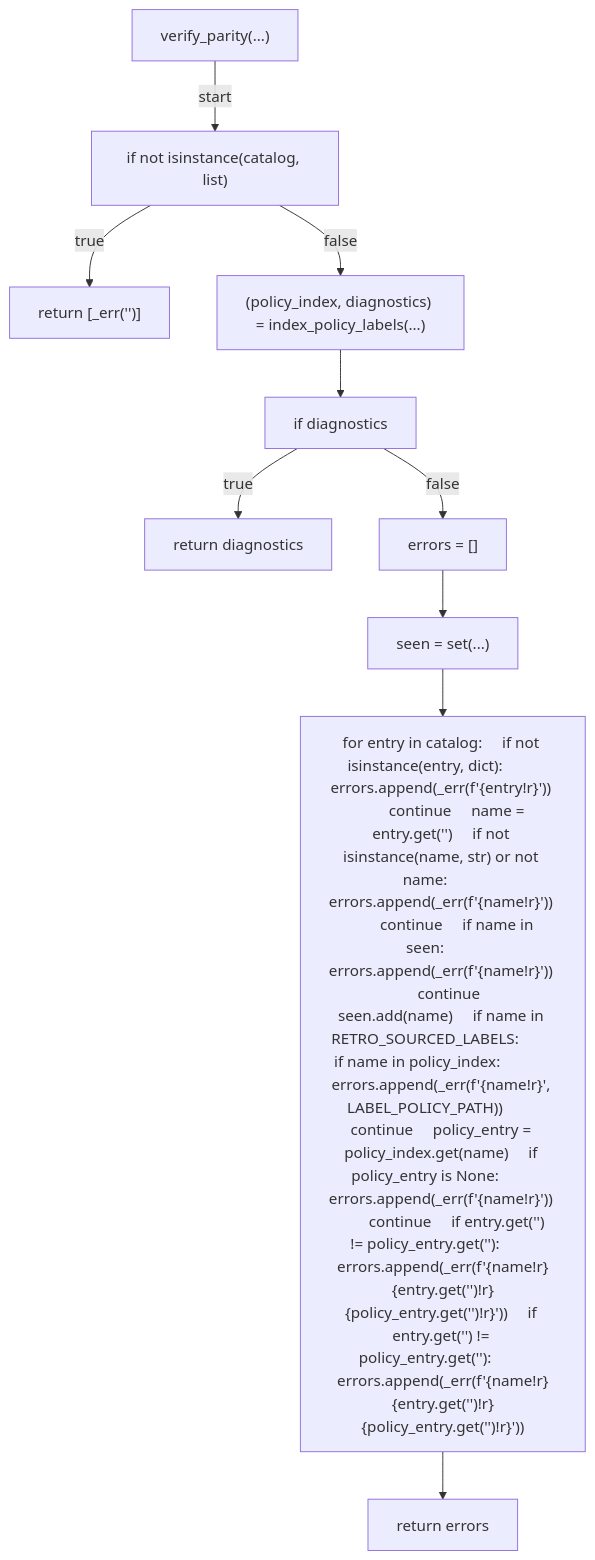
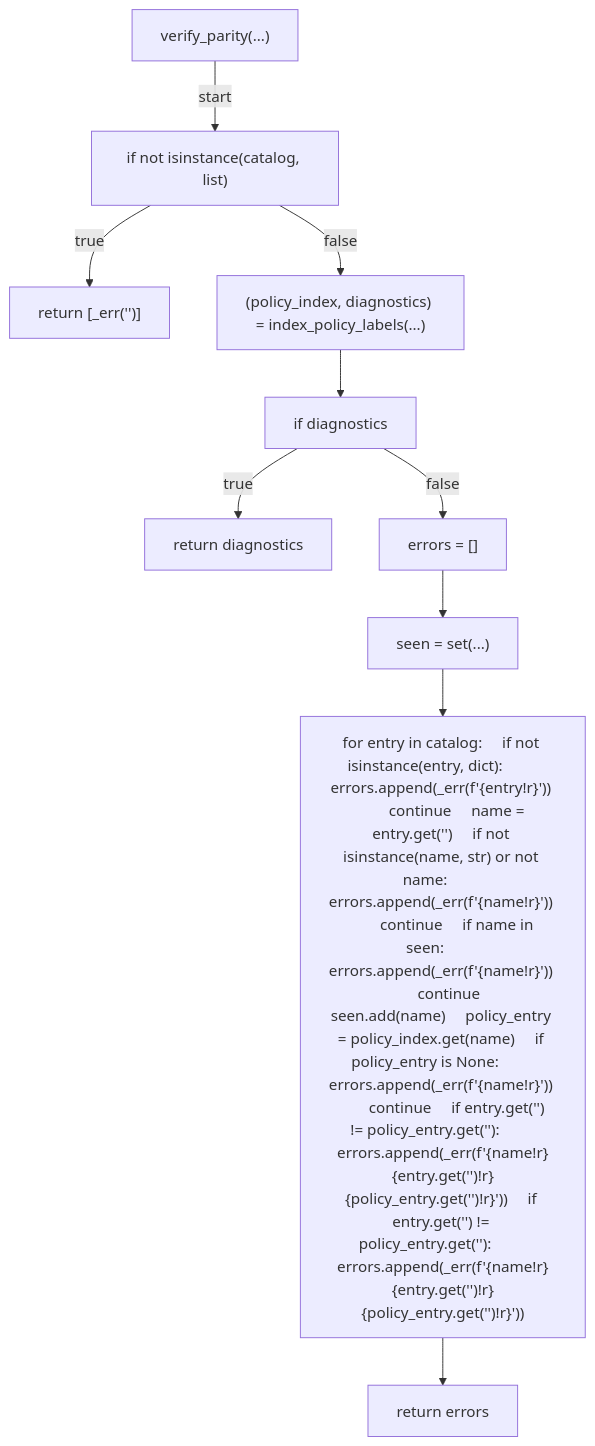
One commit to tvna/claude-md changed the fifth of 7 diagrams in docs/generated/scripts/ast/scan_label_sot_drift.md. Above: the diagram before and after it, drawn with Mermaid. The commit also changed 3 other files, not shown here.

First line of the commit message:
docs(generated): regenerate decision tree and workflow diagrams (#2494)

````diff
--- a/docs/generated/scripts/ast/scan_label_sot_drift.md
+++ b/docs/generated/scripts/ast/scan_label_sot_drift.md
@@ -59,22 +59,22 @@
 ```mermaid
 flowchart TD
     N001["verify_parity(...)"]
     N002["if not isinstance(catalog, list)"]
     N003["return [_err('<str>')]"]
     N004["(policy_index, diagnostics) = index_policy_labels(...)"]
     N005["if diagnostics"]
     N006["return diagnostics"]
     N007["errors = []"]
     N008["seen = set(...)"]
-    N009["for entry in catalog:     if not isinstance(entry, dict):         errors.append(_err(f'<str>{entry!r}'))         continue     name = entry.get('<str>')     if not isinstance(name, str) or not name:         errors.append(_err(f'<str>{name!r}<str>'))         continue     if name in seen:         errors.append(_err(f'<str>{name!r}<str>'))         continue     seen.add(name)     if name in RETRO_SOURCED_LABELS:         if name in policy_index:             errors.append(_err(f'<str>{name!r}<str>', LABEL_POLICY_PATH))         continue     policy_entry = policy_index.get(name)     if policy_entry is None:         errors.append(_err(f'<str>{name!r}<str>'))         continue     if entry.get('<str>') != policy_entry.get('<str>'):         errors.append(_err(f'<str>{name!r}<str>{entry.get('<str>')!r}<str>{policy_entry.get('<str>')!r}<str>'))     if entry.get('<str>') != policy_entry.get('<str>'):         errors.append(_err(f'<str>{name!r}<str>{entry.get('<str>')!r}<str>{policy_entry.get('<str>')!r}<str>'))"]
+    N009["for entry in catalog:     if not isinstance(entry, dict):         errors.append(_err(f'<str>{entry!r}'))         continue     name = entry.get('<str>')     if not isinstance(name, str) or not name:         errors.append(_err(f'<str>{name!r}<str>'))         continue     if name in seen:         errors.append(_err(f'<str>{name!r}<str>'))         continue     seen.add(name)     policy_entry = policy_index.get(name)     if policy_entry is None:         errors.append(_err(f'<str>{name!r}<str>'))         continue     if entry.get('<str>') != policy_entry.get('<str>'):         errors.append(_err(f'<str>{name!r}<str>{entry.get('<str>')!r}<str>{policy_entry.get('<str>')!r}<str>'))     if entry.get('<str>') != policy_entry.get('<str>'):         errors.append(_err(f'<str>{name!r}<str>{entry.get('<str>')!r}<str>{policy_entry.get('<str>')!r}<str>'))"]
     N010["return errors"]
     N001 -->|"start"| N002
     N002 -->|"true"| N003
     N002 -->|"false"| N004
     N004 --> N005
     N005 -->|"true"| N006
     N005 -->|"false"| N007
     N007 --> N008
     N008 --> N009
     N009 --> N010
 ```
````
